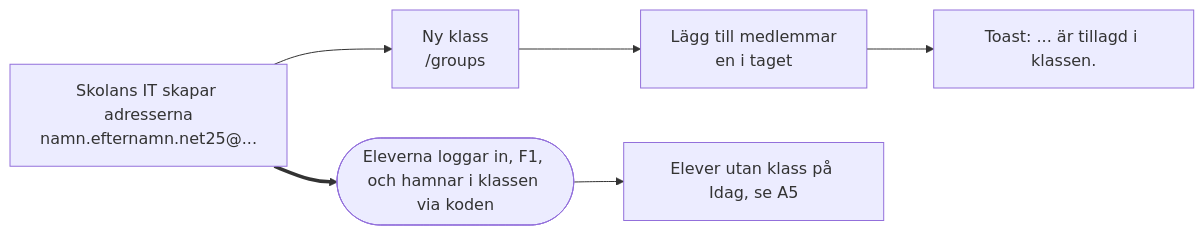
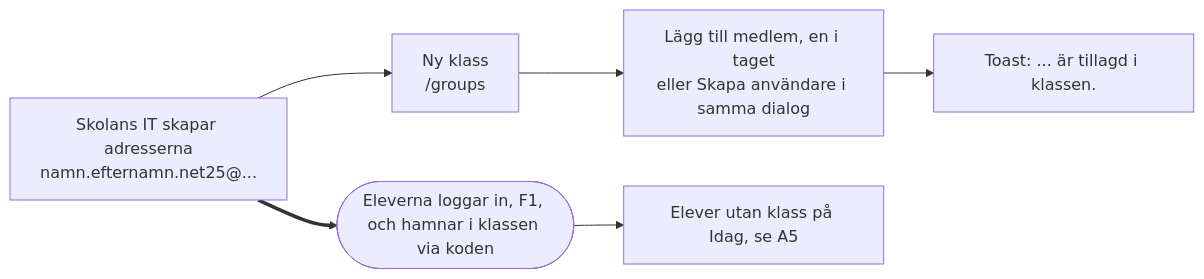
One commit to discovicke/Larka changed the ninth of 13 diagrams in docs/roller-och-floden.md. Above: the diagram before and after it, drawn with Mermaid. The commit also changed other lines of this file and 105 other files, not shown here.

````diff
--- a/docs/roller-och-floden.md
+++ b/docs/roller-och-floden.md
@@ -257,8 +268,8 @@
 ```mermaid
 flowchart LR
     A["Skolans IT skapar adresserna<br/>namn.efternamn.net25@..."] --> B["Ny klass<br/>/groups"]
-    B --> D["Lägg till medlemmar<br/>en i taget"]
+    B --> D["Lägg till medlem, en i taget<br/>eller Skapa användare i samma dialog"]
     D --> E["Toast: ... är tillagd i klassen."]
     A ==> F(["Eleverna loggar in, F1, och hamnar i klassen via koden"])
     F --> G["Elever utan klass på Idag, se A5"]
 ```
````
